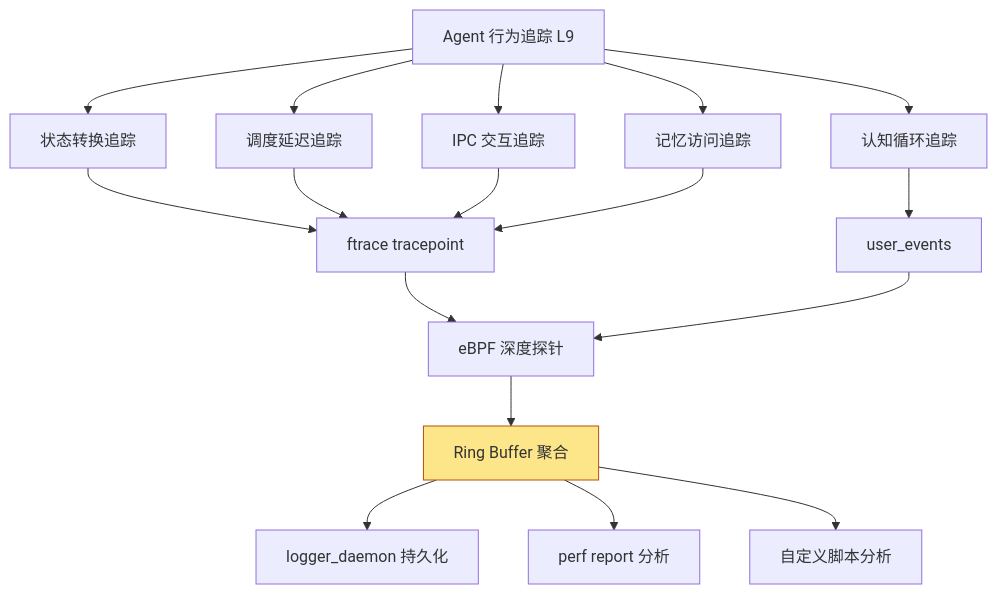
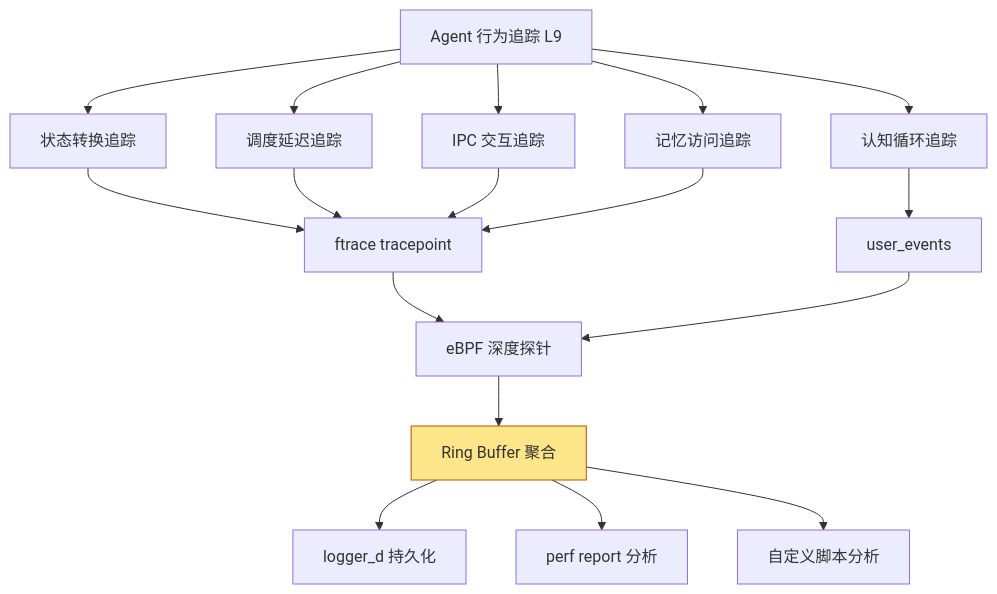
One commit to openairymax/docs-linux changed the first of 2 diagrams in 90-observability/08-agent-tracing.md. Above: the diagram before and after it, drawn with Mermaid. The commit also changed other lines of this file and 71 other files, not shown here.

Commit message:
docs: 统一替换宏监管与守护进程命名 完成全文档的命名规范对齐： 1. 将 macro_superv 统一替换为 macro_d 2. 将 logger_daemon 统一替换为 logger_d

````diff
--- a/90-observability/08-agent-tracing.md
+++ b/90-observability/08-agent-tracing.md
@@ -60,20 +60,20 @@
 ```mermaid
 graph TD
     A[Agent 行为追踪 L9] --> B[状态转换追踪]
     A --> C[调度延迟追踪]
     A --> D[IPC 交互追踪]
     A --> E[记忆访问追踪]
     A --> F[认知循环追踪]
     B --> G[ftrace tracepoint]
     C --> G
     D --> G
     E --> G
     F --> H[user_events]
     G --> I[eBPF 深度探针]
     H --> I
     I --> J[Ring Buffer 聚合]
-    J --> K[logger_daemon 持久化]
+    J --> K[logger_d 持久化]
     J --> L[perf report 分析]
     J --> M[自定义脚本分析]
     style J fill:#fde68a,stroke:#b45309
 ```
````
